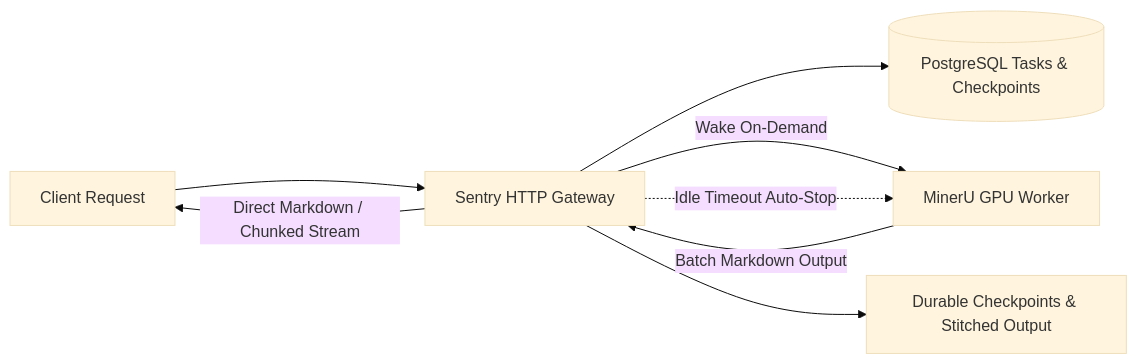
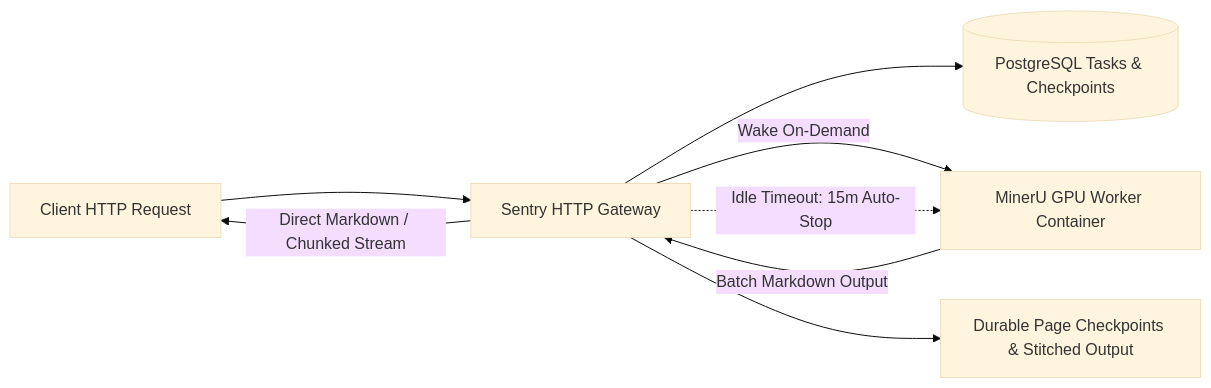
The first of 2 diagrams in README.md (xuanxing-ai/mineru-sentry), drawn with Mermaid (base theme) before and after one commit. The commit also changed other lines of this file, not shown here.

````diff
--- a/README.md
+++ b/README.md
@@ -9,10 +67,10 @@
 ```mermaid
 flowchart LR
-    Client[Client Request] --> Sentry[Sentry HTTP Gateway]
+    Client[Client HTTP Request] --> Sentry[Sentry HTTP Gateway]
     Sentry --> DB[(PostgreSQL Tasks & Checkpoints)]
-    Sentry -->|Wake On-Demand| Worker[MinerU GPU Worker]
+    Sentry -->|Wake On-Demand| Worker[MinerU GPU Worker Container]
     Worker -->|Batch Markdown Output| Sentry
-    Sentry --> Files[Durable Checkpoints & Stitched Output]
+    Sentry --> Files[Durable Page Checkpoints & Stitched Output]
     Sentry -->|Direct Markdown / Chunked Stream| Client
-    Sentry -.->|Idle Timeout Auto-Stop| Worker
+    Sentry -.->|Idle Timeout: 15m Auto-Stop| Worker
 ```
````
